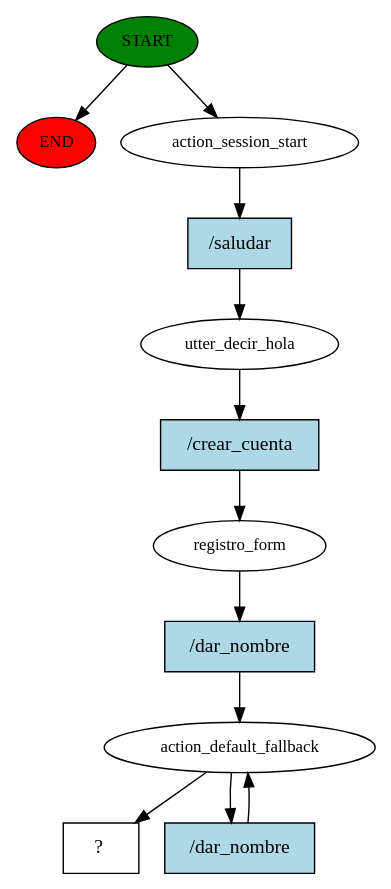
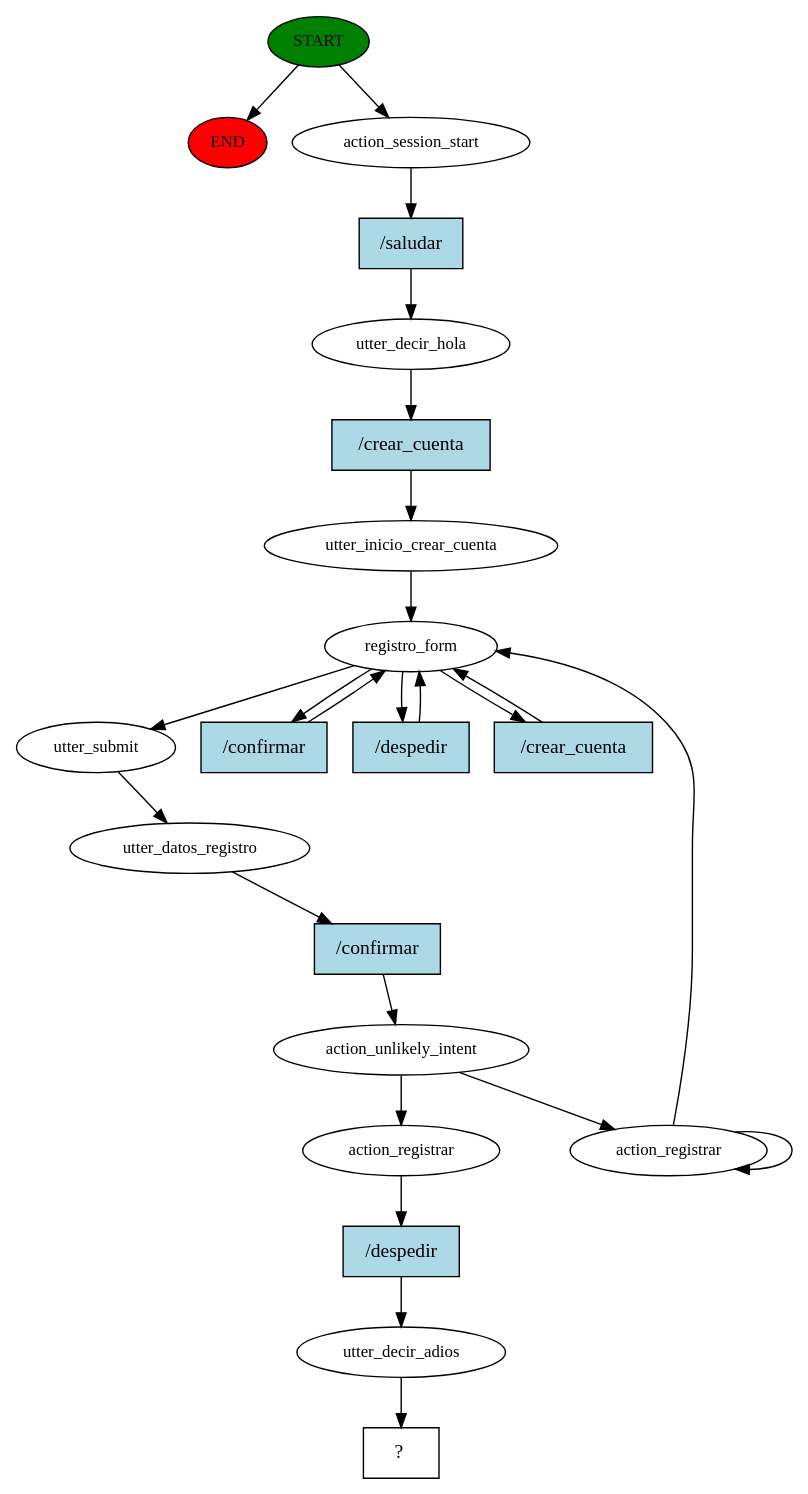
One commit to Daniel45450/chatbot_exploratoria changed the diagram in story_graph.dot. Above: the diagram before and after it, drawn with Graphviz. The commit also changed 7 other files, not shown here.

```diff
--- a/story_graph.dot
+++ b/story_graph.dot
@@ -1,24 +1,46 @@
 digraph  {
 0 [class="start active", fillcolor=green, fontsize=12, label=START, style=filled];
 "-1" [class=end, fillcolor=red, fontsize=12, label=END, style=filled];
 1 [class=active, fontsize=12, label=action_session_start];
 2 [class=active, fontsize=12, label=utter_decir_hola];
-3 [class=active, fontsize=12, label=registro_form];
-4 [class=active, fontsize=12, label=action_default_fallback];
-6 [class="intent dashed active", label="  ?  ", shape=rect];
-7 [class="intent active", fillcolor=lightblue, label="/saludar", shape=rect, style=filled];
-8 [class="intent active", fillcolor=lightblue, label="/crear_cuenta", shape=rect, style=filled];
-9 [class="intent active", fillcolor=lightblue, label="/dar_nombre", shape=rect, style=filled];
-10 [class="intent active", fillcolor=lightblue, label="/dar_nombre", shape=rect, style=filled];
+3 [class=active, fontsize=12, label=utter_inicio_crear_cuenta];
+4 [class=active, fontsize=12, label=registro_form];
+10 [class=active, fontsize=12, label=utter_submit];
+11 [class=active, fontsize=12, label=utter_datos_registro];
+12 [class=active, fontsize=12, label=action_unlikely_intent];
+13 [class=active, fontsize=12, label=action_registrar];
+24 [class=active, fontsize=12, label=action_registrar];
+25 [class=active, fontsize=12, label=utter_decir_adios];
+26 [class="intent dashed active", label="  ?  ", shape=rect];
+27 [class="intent active", fillcolor=lightblue, label="/saludar", shape=rect, style=filled];
+28 [class="intent active", fillcolor=lightblue, label="/crear_cuenta", shape=rect, style=filled];
+29 [class="intent active", fillcolor=lightblue, label="/confirmar", shape=rect, style=filled];
+30 [class="intent active", fillcolor=lightblue, label="/despedir", shape=rect, style=filled];
+31 [class="intent active", fillcolor=lightblue, label="/crear_cuenta", shape=rect, style=filled];
+32 [class="intent active", fillcolor=lightblue, label="/confirmar", shape=rect, style=filled];
+33 [class="intent active", fillcolor=lightblue, label="/despedir", shape=rect, style=filled];
 0 -> "-1"  [class="", key=NONE, label=""];
 0 -> 1  [class=active, key=NONE, label=""];
-1 -> 7  [class=active, key=0];
-2 -> 8  [class=active, key=0];
-3 -> 9  [class=active, key=0];
-4 -> 6  [class=active, key=NONE, label=""];
-4 -> 10  [class=active, key=0];
-7 -> 2  [class=active, key=0];
-8 -> 3  [class=active, key=0];
-9 -> 4  [class=active, key=0];
-10 -> 4  [class=active, key=0];
+1 -> 27  [class=active, key=0];
+2 -> 28  [class=active, key=0];
+3 -> 4  [class=active, key=NONE, label=""];
+4 -> 10  [class=active, key=NONE, label=""];
+4 -> 29  [class=active, key=0];
+4 -> 30  [class=active, key=0];
+4 -> 31  [class=active, key=0];
+10 -> 11  [class=active, key=NONE, label=""];
+11 -> 32  [class=active, key=0];
+12 -> 13  [class=active, key=NONE, label=""];
+12 -> 24  [class=active, key=NONE, label=""];
+13 -> 13  [class=active, key=NONE, label=""];
+13 -> 4  [class=active, key=NONE, label=""];
+24 -> 33  [class=active, key=0];
+25 -> 26  [class=active, key=NONE, label=""];
+27 -> 2  [class=active, key=0];
+28 -> 3  [class=active, key=0];
+29 -> 4  [class=active, key=0];
+30 -> 4  [class=active, key=0];
+31 -> 4  [class=active, key=0];
+32 -> 12  [class=active, key=0];
+33 -> 25  [class=active, key=0];
 }
```
